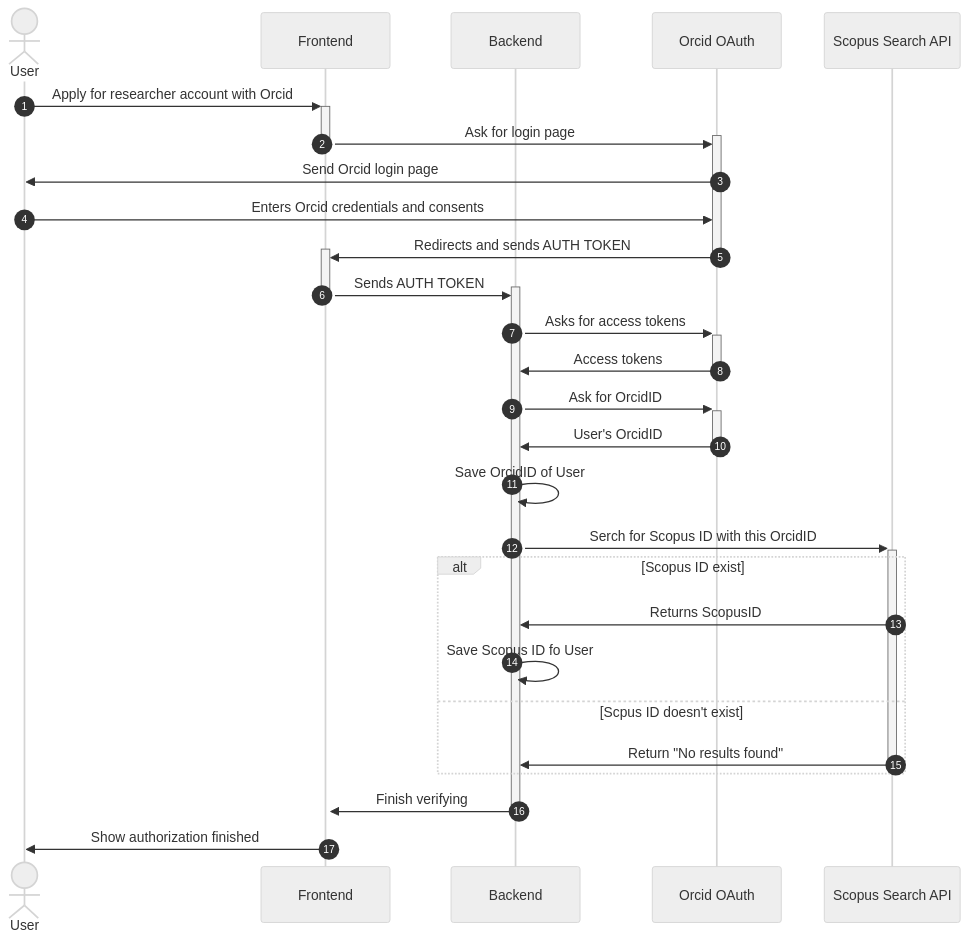
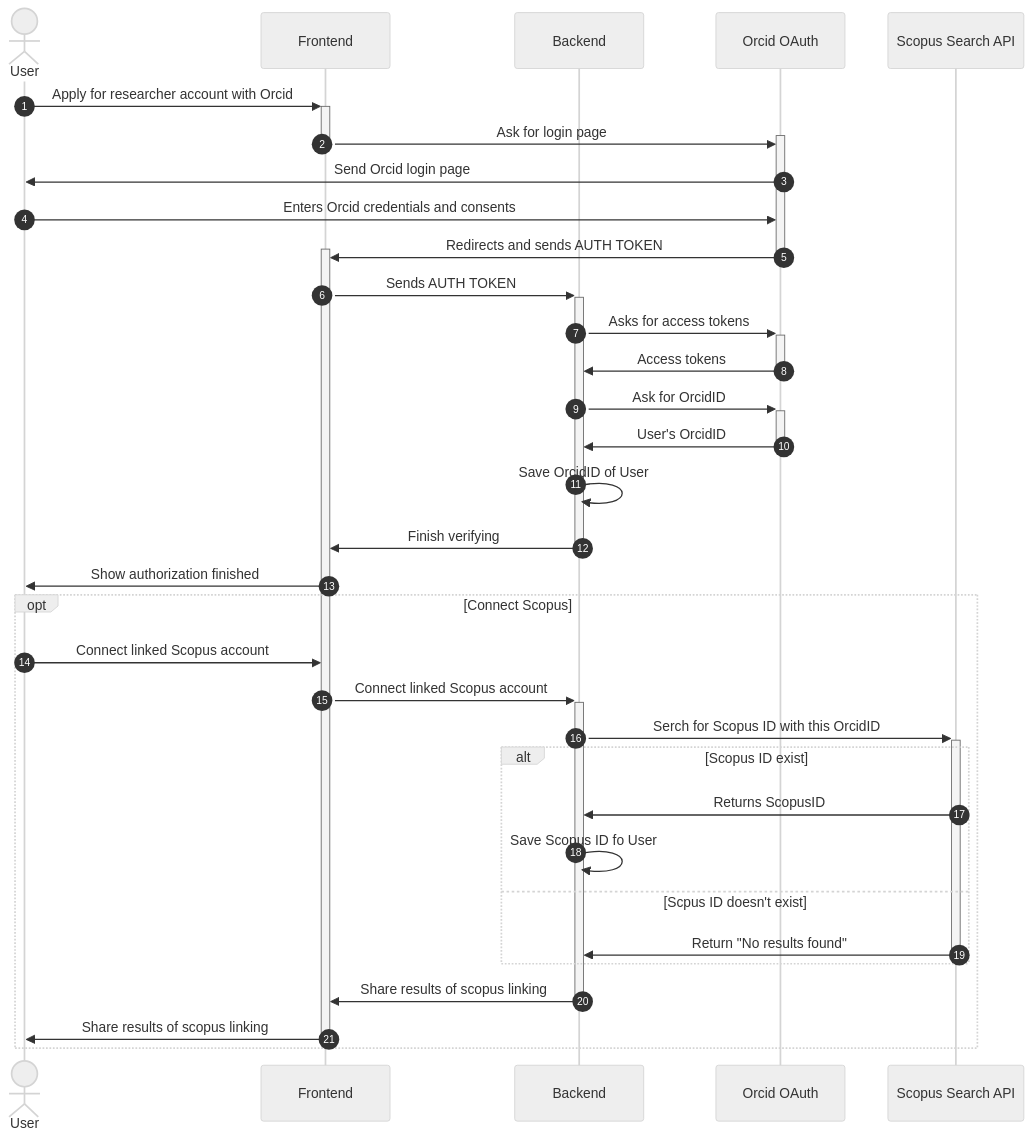
The diagram in Lab3/artifacts/01-update-account-status-orcid.mmd (LenivyKrabik/KPI2), drawn with Mermaid (neutral theme) before and after one commit. The commit also changed 1 other file, not shown here.

Commit message:
Made Scopus link optional

```diff
--- a/Lab3/artifacts/01-update-account-status-orcid.mmd
+++ b/Lab3/artifacts/01-update-account-status-orcid.mmd
@@ -1,39 +1,44 @@
 sequenceDiagram
     autonumber
     actor User
     participant Frontend
     participant Backend
     participant Orcid as Orcid OAuth
     participant Scopus as Scopus Search API
 
     %%Orcid way
     User->>+Frontend: Apply for researcher account with Orcid
     Frontend->>+Orcid: Ask for login page
     deactivate Frontend
     
 
     Orcid->>User: Send Orcid login page
     User->>Orcid: Enters Orcid credentials and consents
     Orcid->>+Frontend: Redirects and sends AUTH TOKEN
     deactivate Orcid
     Frontend->>+Backend: Sends AUTH TOKEN
-    deactivate Frontend
     Backend->>+Orcid: Asks for access tokens
     Orcid->>-Backend: Access tokens
     Backend->>+Orcid: Ask for OrcidID
     Orcid->>-Backend: User's OrcidID
     Backend->>Backend: Save OrcidID of User
-
-    %%Scopus stuff
-    Backend->>+Scopus: Serch for Scopus ID with this OrcidID
-
-    alt Scopus ID exist
-        Scopus->>Backend: Returns ScopusID
-        Backend->>Backend: Save Scopus ID fo User
-    else Scpus ID doesn't exist
-        Scopus->>-Backend: Return "No results found"
-    end
-
-    Backend->>+Frontend: Finish verifying
+    Backend->>Frontend: Finish verifying
     deactivate Backend
     Frontend->>User: Show authorization finished
+    %%Scopus stuff
+    opt Connect Scopus
+        User->>Frontend: Connect linked Scopus account
+        Frontend->>+Backend: Connect linked Scopus account
+        Backend->>+Scopus: Serch for Scopus ID with this OrcidID
+
+        alt Scopus ID exist
+            Scopus->>Backend: Returns ScopusID
+            Backend->>Backend: Save Scopus ID fo User
+        else Scpus ID doesn't exist
+            Scopus->>-Backend: Return "No results found"
+        end
+        Backend->>Frontend: Share results of scopus linking
+        deactivate Backend
+        Frontend->>User: Share results of scopus linking
+        deactivate Frontend
+    end
```
